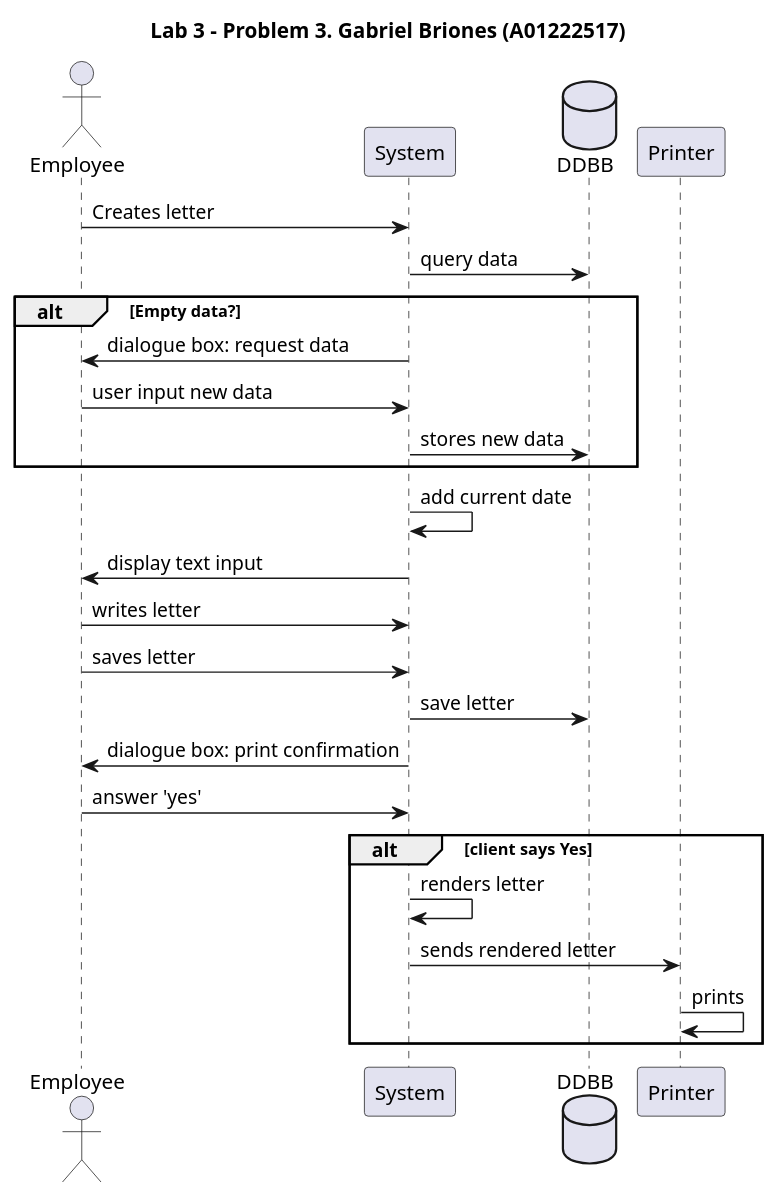
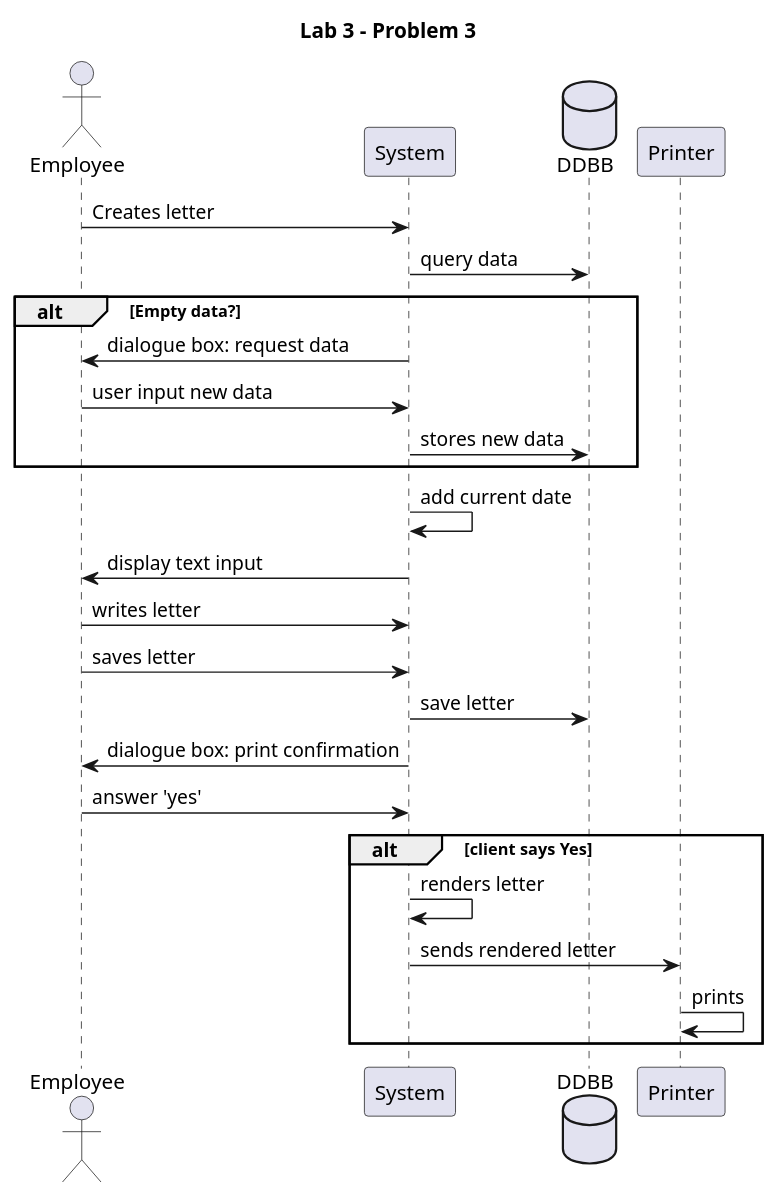
The diagram in Lab3/p3.puml (mcc-sw-eng-course/python-programs-gbriones1), drawn with PlantUML before and after one commit. The commit also changed 3 other files, not shown here.

```diff
--- a/Lab3/p3.puml
+++ b/Lab3/p3.puml
@@ -1,26 +1,26 @@
 @startuml
-title Lab 3 - Problem 3. Gabriel Briones (A01222517)
+title Lab 3 - Problem 3
 actor Employee
 participant System
 database DDBB
 participant Printer
 Employee -> System: Creates letter
 System -> DDBB: query data
 alt Empty data?
 System -> Employee: dialogue box: request data
 Employee -> System: user input new data
 System -> DDBB: stores new data
 end
 System -> System: add current date
 System -> Employee: display text input
 Employee -> System: writes letter
 Employee -> System: saves letter
 System -> DDBB: save letter
 System -> Employee: dialogue box: print confirmation
 Employee -> System: answer 'yes'
 alt client says Yes
 System -> System: renders letter
 System -> Printer: sends rendered letter
 Printer -> Printer: prints
 end
 @enduml
```
